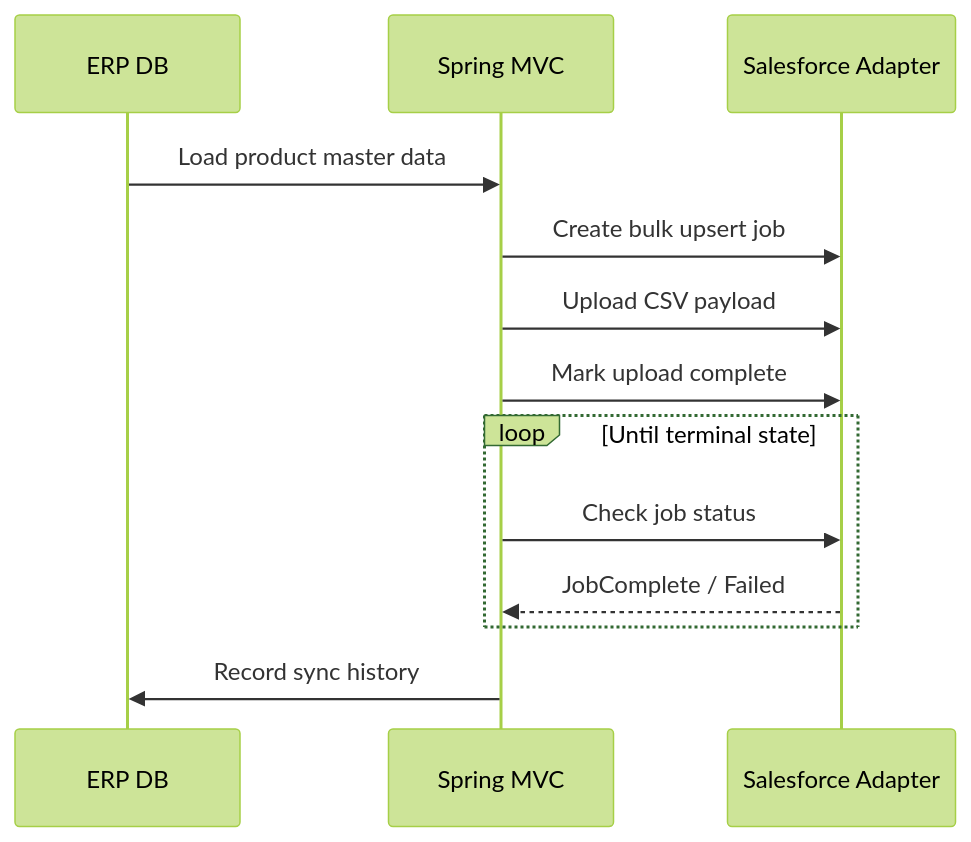
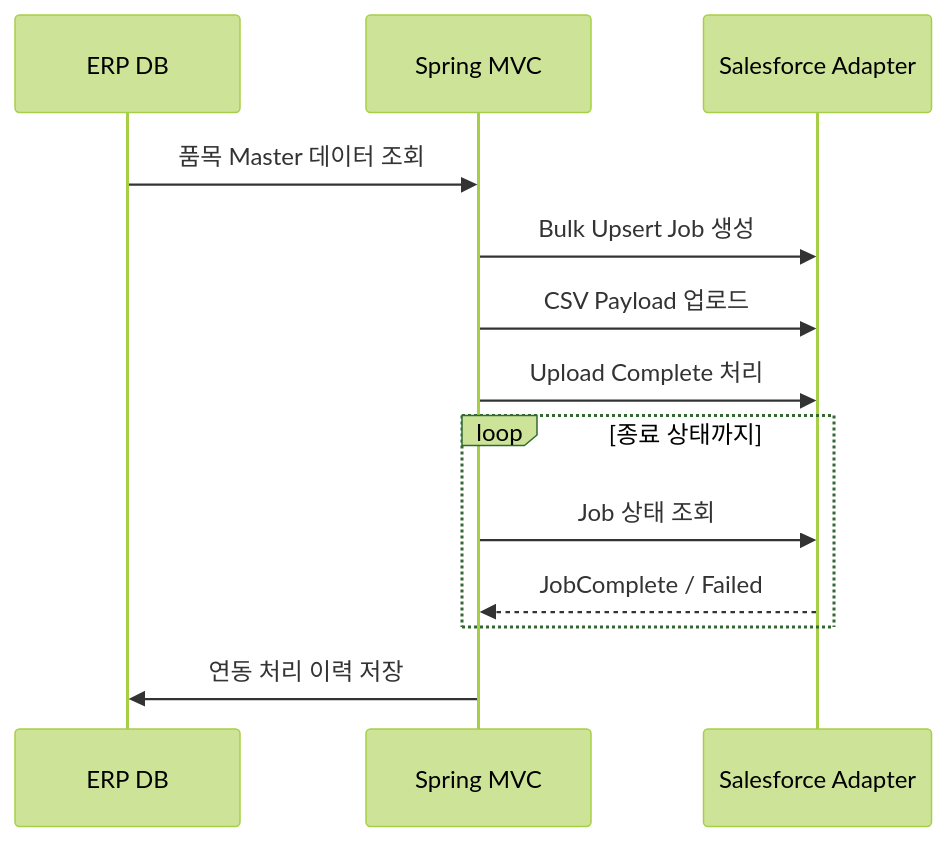
One commit to bokay0524/erp-salesforce-integration changed the third of 4 diagrams in README.md. Above: the diagram before and after it, drawn with Mermaid (forest theme). The commit also changed other lines of this file, not shown here.

````diff
--- a/README.md
+++ b/README.md
@@ -54,15 +56,15 @@
 ```mermaid
 sequenceDiagram
     participant E as ERP DB
     participant S as Spring MVC
     participant C as Salesforce Adapter
-    E->>S: Load product master data
-    S->>C: Create bulk upsert job
-    S->>C: Upload CSV payload
-    S->>C: Mark upload complete
-    loop Until terminal state
-        S->>C: Check job status
+    E->>S: 품목 Master 데이터 조회
+    S->>C: Bulk Upsert Job 생성
+    S->>C: CSV Payload 업로드
+    S->>C: Upload Complete 처리
+    loop 종료 상태까지
+        S->>C: Job 상태 조회
         C-->>S: JobComplete / Failed
     end
-    S->>E: Record sync history
+    S->>E: 연동 처리 이력 저장
 ```
````
